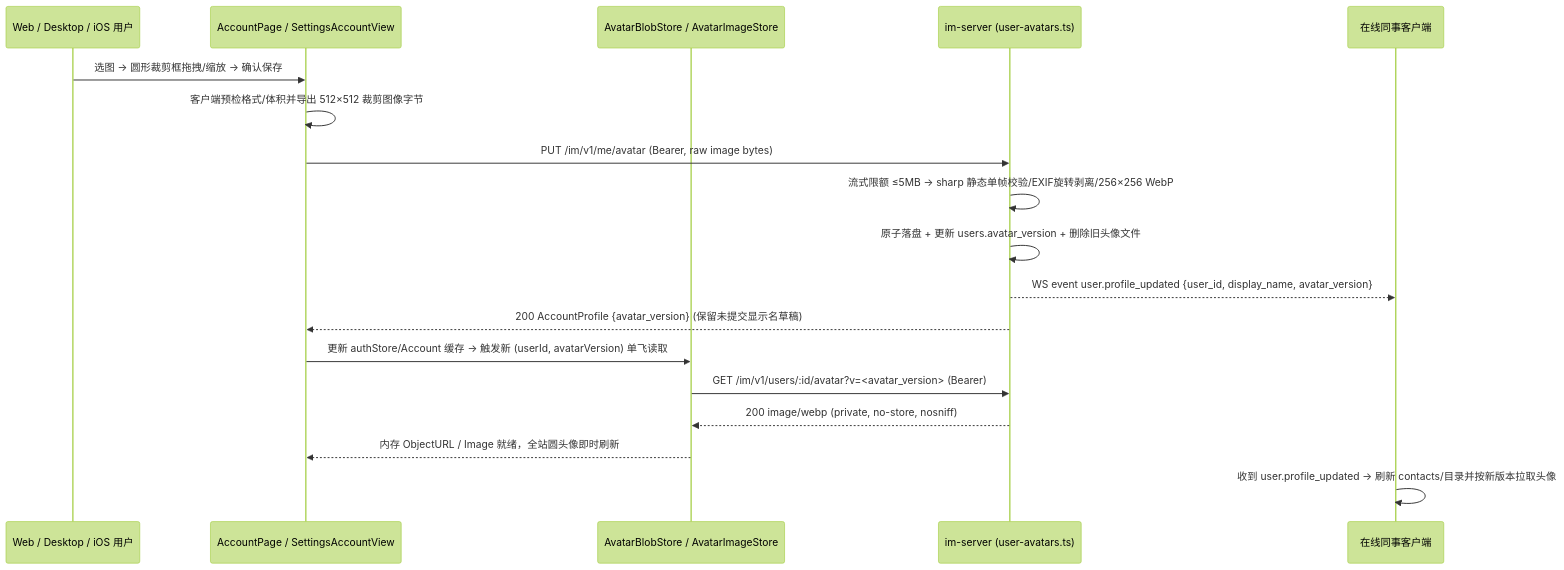
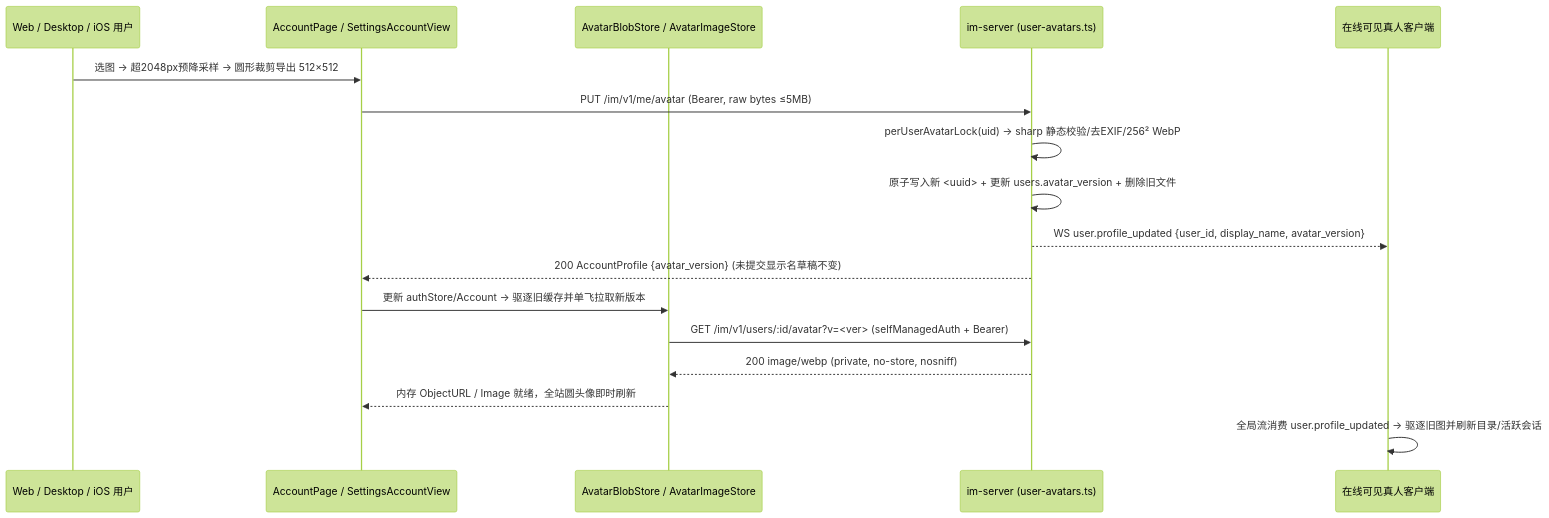
One commit to Mrchen116/nano-multiagent changed the second of 2 diagrams in docs/changes/feat-804-human-user-avatars/design.md. Above: the diagram before and after it, drawn with Mermaid (forest theme). The commit also changed other lines of this file and 3 other files, not shown here.

````diff
--- a/docs/changes/feat-804-human-user-avatars/design.md
+++ b/docs/changes/feat-804-human-user-avatars/design.md
@@ -162,21 +152,20 @@
 ```mermaid
 sequenceDiagram
   participant User as Web / Desktop / iOS 用户
   participant UI as AccountPage / SettingsAccountView
   participant Store as AvatarBlobStore / AvatarImageStore
   participant IM as im-server (user-avatars.ts)
-  participant Peer as 在线同事客户端
+  participant Peer as 在线可见真人客户端
 
-  User->>UI: 选图 → 圆形裁剪框拖拽/缩放 → 确认保存
-  UI->>UI: 客户端预检格式/体积并导出 512×512 裁剪图像字节
-  UI->>IM: PUT /im/v1/me/avatar (Bearer, raw image bytes)
-  IM->>IM: 流式限额 ≤5MB → sharp 静态单帧校验/EXIF旋转剥离/256×256 WebP
-  IM->>IM: 原子落盘 + 更新 users.avatar_version + 删除旧头像文件
-  IM-->>Peer: WS event user.profile_updated {user_id, display_name, avatar_version}
-  IM-->>UI: 200 AccountProfile {avatar_version} (保留未提交显示名草稿)
-  UI->>Store: 更新 authStore/Account 缓存 → 触发新 (userId, avatarVersion) 单飞读取
-  Store->>IM: GET /im/v1/users/:id/avatar?v=<avatar_version> (Bearer)
+  User->>UI: 选图 → 超2048px预降采样 → 圆形裁剪导出 512×512
+  UI->>IM: PUT /im/v1/me/avatar (Bearer, raw bytes ≤5MB)
+  IM->>IM: perUserAvatarLock(uid) → sharp 静态校验/去EXIF/256² WebP
+  IM->>IM: 原子写入新 <uuid> + 更新 users.avatar_version + 删除旧文件
+  IM-->>Peer: WS user.profile_updated {user_id, display_name, avatar_version}
+  IM-->>UI: 200 AccountProfile {avatar_version} (未提交显示名草稿不变)
+  UI->>Store: 更新 authStore/Account → 驱逐旧缓存并单飞拉取新版本
+  Store->>IM: GET /im/v1/users/:id/avatar?v=<ver> (selfManagedAuth + Bearer)
   IM-->>Store: 200 image/webp (private, no-store, nosniff)
   Store-->>UI: 内存 ObjectURL / Image 就绪，全站圆头像即时刷新
-  Peer->>Peer: 收到 user.profile_updated → 刷新 contacts/目录并按新版本拉取头像
+  Peer->>Peer: 全局流消费 user.profile_updated → 驱逐旧图并刷新目录/活跃会话
 ```
````
